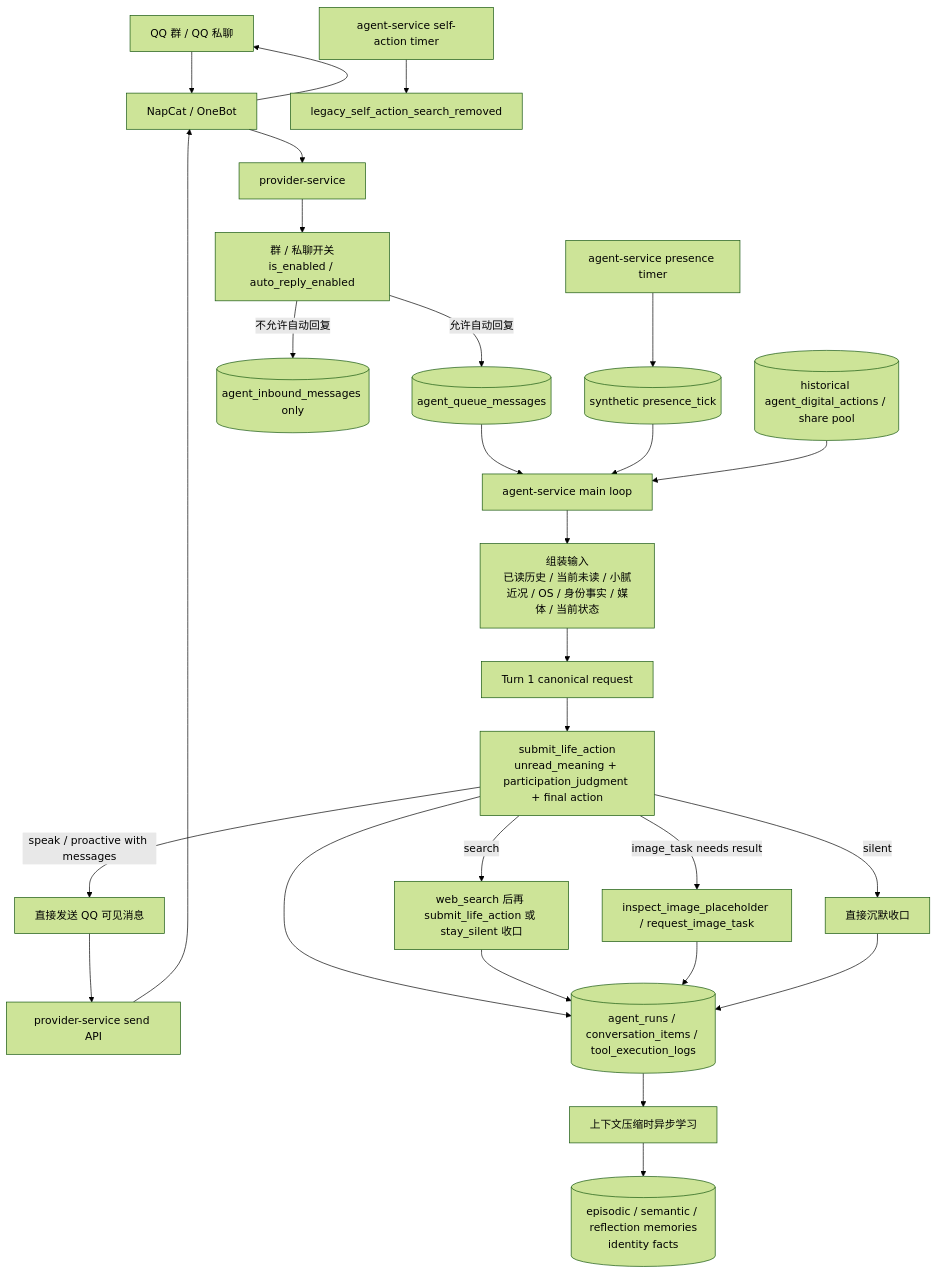
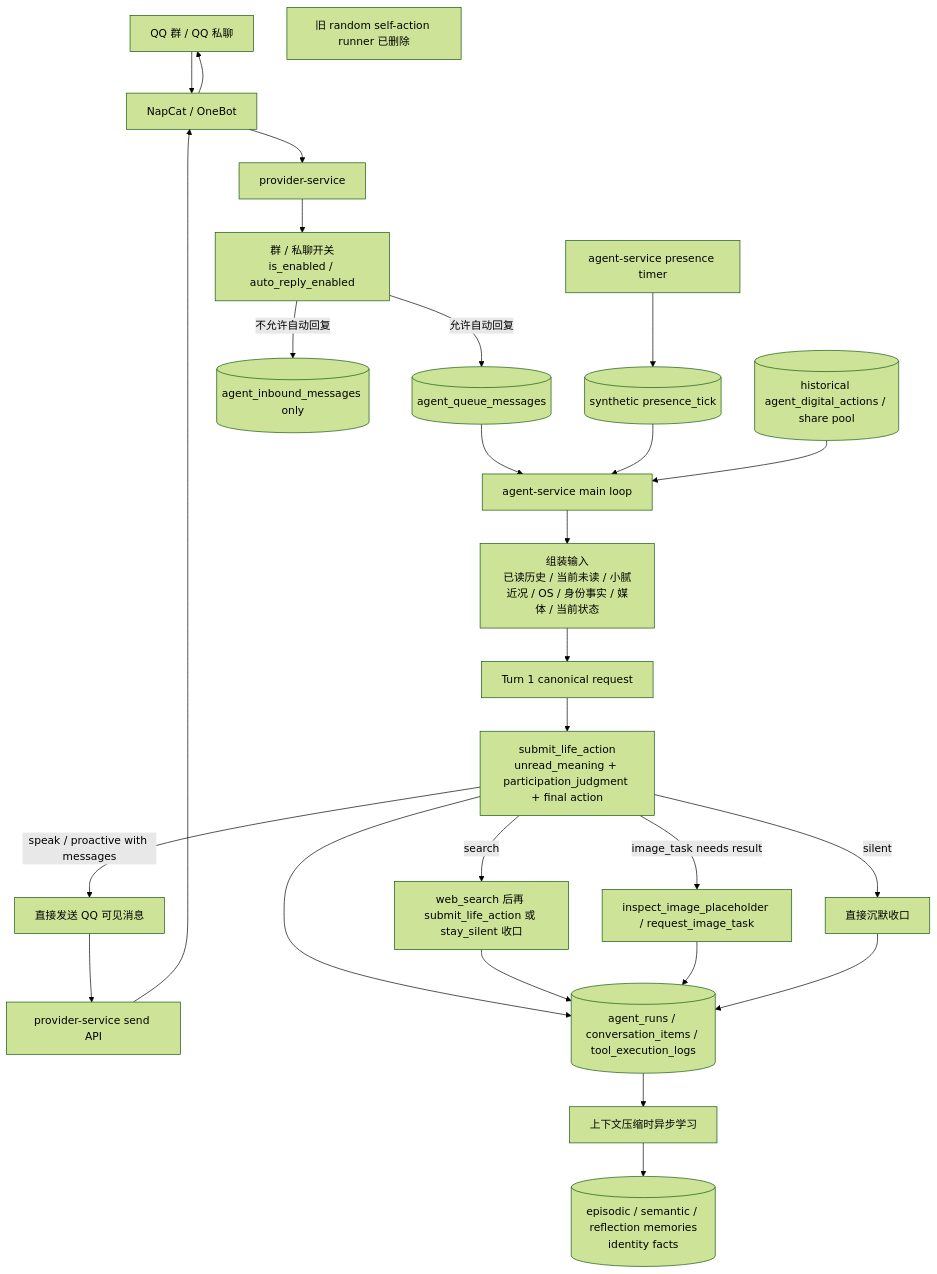
Before and after one commit to Hei-AI/xiaoni_cc: the first of 3 diagrams in docs/XIAONI_SPEAKING_FLOW.md, drawn with Mermaid (forest theme). The commit also changed other lines of this file and 13 other files, not shown here.

````diff
--- a/docs/XIAONI_SPEAKING_FLOW.md
+++ b/docs/XIAONI_SPEAKING_FLOW.md
@@ -13,34 +13,34 @@
 ```mermaid
 flowchart TD
   QQ[QQ 群 / QQ 私聊] --> NapCat[NapCat / OneBot]
   NapCat --> Provider[provider-service]
 
   Provider --> Policy[群 / 私聊开关<br/>is_enabled / auto_reply_enabled]
   Policy -->|允许自动回复| Queue[(agent_queue_messages)]
   Policy -->|不允许自动回复| InboxOnly[(agent_inbound_messages only)]
 
   Queue --> Loop[agent-service main loop]
   Loop --> Context[组装输入<br/>已读历史 / 当前未读 / 小腻近况 / OS / 身份事实 / 媒体 / 当前状态]
   Context --> Request[Turn 1 canonical request]
   Request --> LifeAction[submit_life_action<br/>unread_meaning + participation_judgment + final action]
 
   LifeAction -->|speak / proactive with messages| Send[直接发送 QQ 可见消息]
   LifeAction -->|silent| Silent[直接沉默收口]
   LifeAction -->|search| Search[web_search 后再 submit_life_action 或 stay_silent 收口]
   LifeAction -->|image_task needs result| ImageTools[inspect_image_placeholder / request_image_task]
 
   Send --> ProviderSend[provider-service send API]
   ProviderSend --> NapCat --> QQ
 
   LifeAction --> Record[(agent_runs / conversation_items / tool_execution_logs)]
   Search --> Record
   ImageTools --> Record
   Silent --> Record
   Record --> Learn[上下文压缩时异步学习]
   Learn --> Memory[(episodic / semantic / reflection memories<br/>identity facts)]
 
   AgentTimer[agent-service presence timer] --> PresenceQueue[(synthetic presence_tick)]
   PresenceQueue --> Loop
-  SelfActionTimer[agent-service self-action timer] --> SelfSkip[legacy_self_action_search_removed]
+  RetiredSelfAction[旧 random self-action runner 已删除]
   HistoricalActions[(historical agent_digital_actions / share pool)] --> Loop
 ```
````
